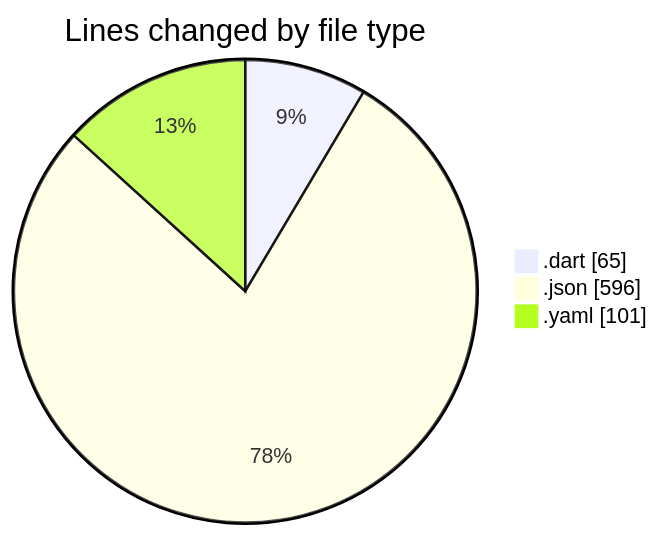
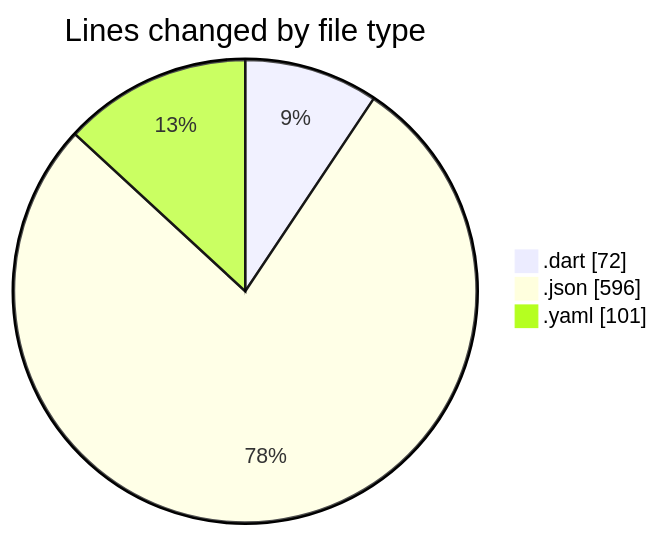
Before and after one commit to donsfak/code-tracking: the first of 2 diagrams in 2025-02-21/uber_clone/README.md, drawn with Mermaid. The commit also changed other lines of this file and 1 other file, not shown here.

````diff
--- a/2025-02-21/uber_clone/README.md
+++ b/2025-02-21/uber_clone/README.md
@@ -25,7 +25,7 @@
 ```mermaid
 pie showData
 title Lines changed by file type
-".dart" : 65
+".dart" : 72
 ".json" : 596
 ".yaml" : 101
 ```
````
